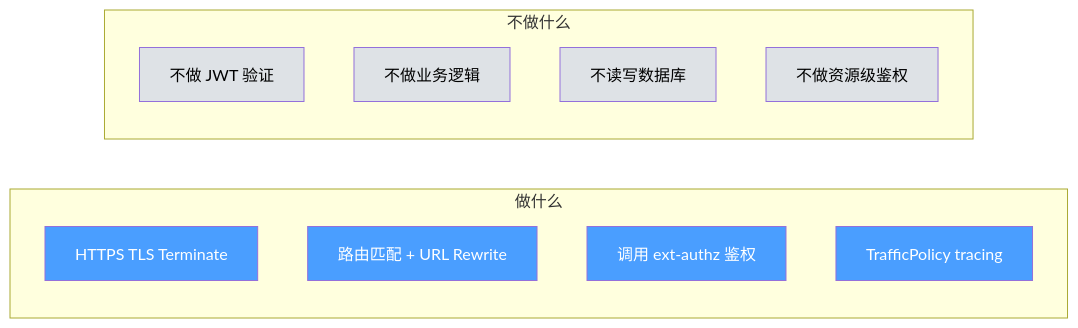
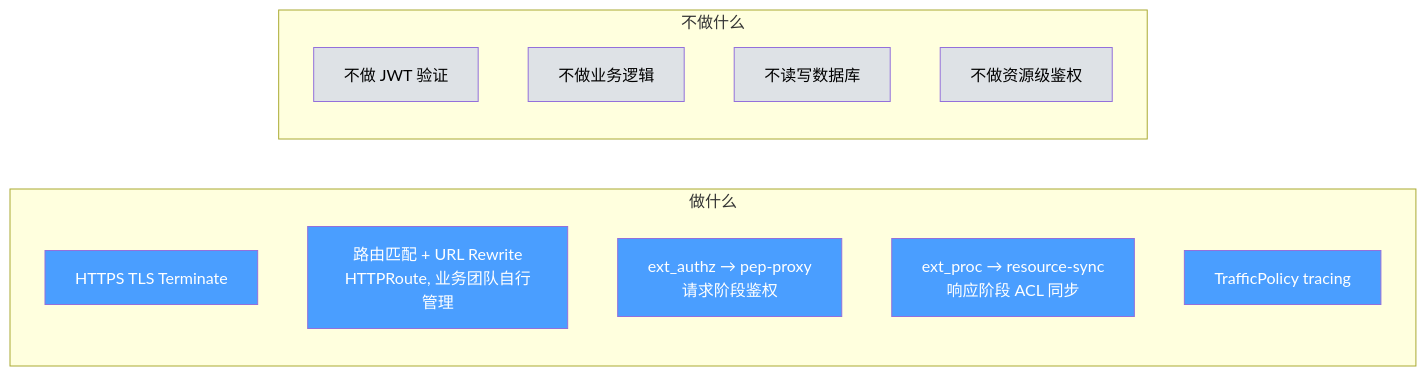
One commit to xiewanchao/aidp-iam changed the second of 10 diagrams in diagrams/component-responsibility.md. Above: the diagram before and after it, drawn with Mermaid. The commit also changed other lines of this file and 5 other files, not shown here.

````diff
--- a/diagrams/component-responsibility.md
+++ b/diagrams/component-responsibility.md
@@ -76,25 +81,27 @@
 ```mermaid
 flowchart LR
     subgraph 做什么
         A1[HTTPS TLS Terminate]
-        A2[路由匹配 + URL Rewrite]
-        A3[调用 ext-authz 鉴权]
-        A4[TrafficPolicy tracing]
+        A2[路由匹配 + URL Rewrite<br/>HTTPRoute, 业务团队自行管理]
+        A3[ext_authz → pep-proxy<br/>请求阶段鉴权]
+        A4[ext_proc → resource-sync<br/>响应阶段 ACL 同步]
+        A5[TrafficPolicy tracing]
     end
 
     subgraph 不做什么
         B1[不做 JWT 验证]
         B2[不做业务逻辑]
         B3[不读写数据库]
         B4[不做资源级鉴权]
     end
 
     style A1 fill:#4a9eff,color:#fff
     style A2 fill:#4a9eff,color:#fff
     style A3 fill:#4a9eff,color:#fff
     style A4 fill:#4a9eff,color:#fff
+    style A5 fill:#4a9eff,color:#fff
     style B1 fill:#dee2e6,color:#000
     style B2 fill:#dee2e6,color:#000
     style B3 fill:#dee2e6,color:#000
     style B4 fill:#dee2e6,color:#000
 ```
````
